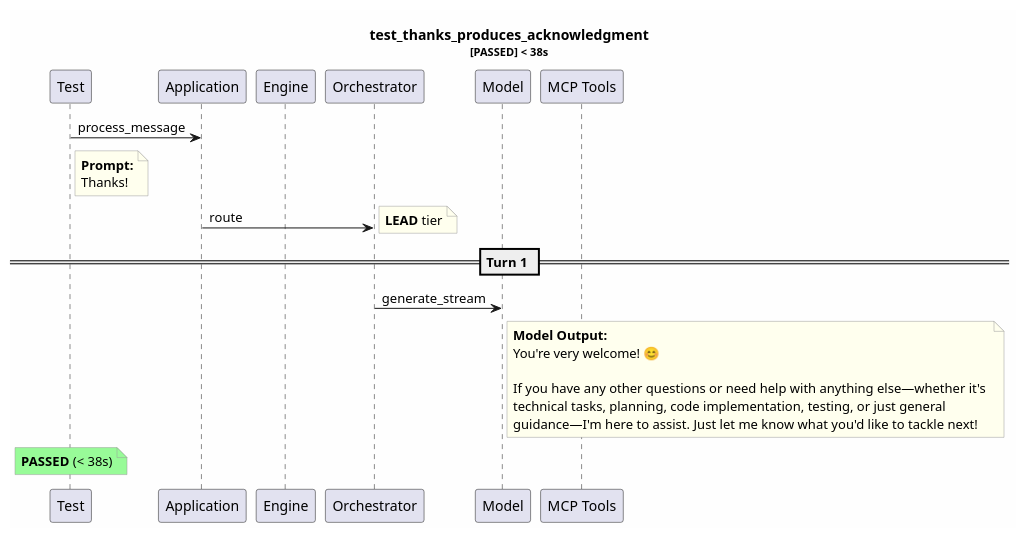
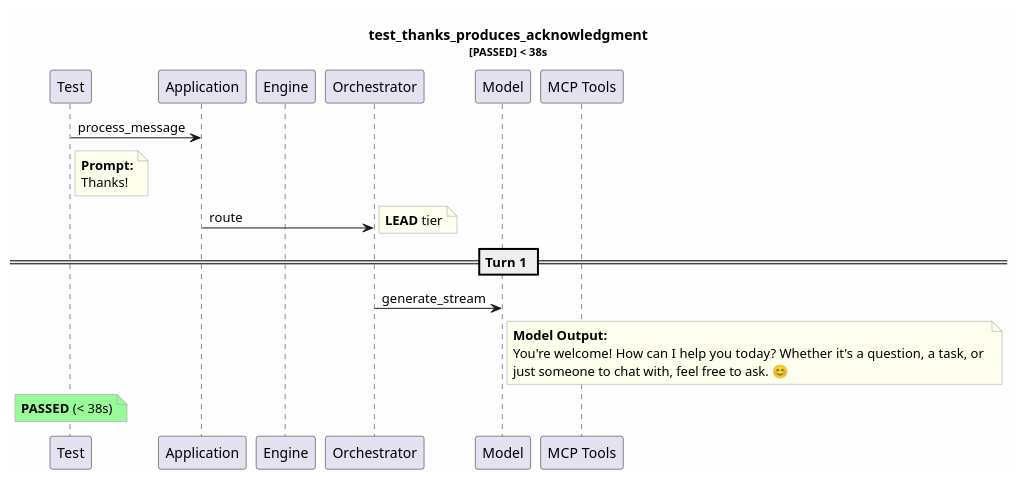
One commit to tvanfossen/entropic changed the diagram in test-reports/logs/test_thanks_produces_acknowledgment/test_thanks_produces_acknowledgment.puml. Above: the diagram before and after it, drawn with PlantUML. The commit also changed 11 other files, not shown here.

```diff
--- a/test-reports/logs/test_thanks_produces_acknowledgment/test_thanks_produces_acknowledgment.puml
+++ b/test-reports/logs/test_thanks_produces_acknowledgment/test_thanks_produces_acknowledgment.puml
@@ -1,35 +1,32 @@
 @startuml
 skinparam backgroundColor #FEFEFE
 skinparam noteBorderColor #999999
 skinparam noteBackgroundColor #FFFFEE
 title test_thanks_produces_acknowledgment\n<size:11>[PASSED] < 38s</size>
 
 participant "Test" as T
 participant "Application" as App
 participant "Engine" as Eng
 participant "Orchestrator" as Orch
 participant "Model" as Mdl
 participant "MCP Tools" as MCP
 
 T -> App: process_message
 note right of T
   **Prompt:**
   Thanks!
 end note
 App -> Orch: route
 note right: **LEAD** tier
 == Turn 1 ==
 Orch -> Mdl: generate_stream
 note right of Mdl
   **Model Output:**
-  You're very welcome! 😊 
-  
-  If you have any other questions or need help with anything else—whether it's 
-  technical tasks, planning, code implementation, testing, or just general 
-  guidance—I'm here to assist. Just let me know what you'd like to tackle next!
+  You're welcome! How can I help you today? Whether it's a question, a task, or 
+  just someone to chat with, feel free to ask. 😊
 end note
 note over T #palegreen
   **PASSED** (< 38s)
 end note
 
 @enduml
```
